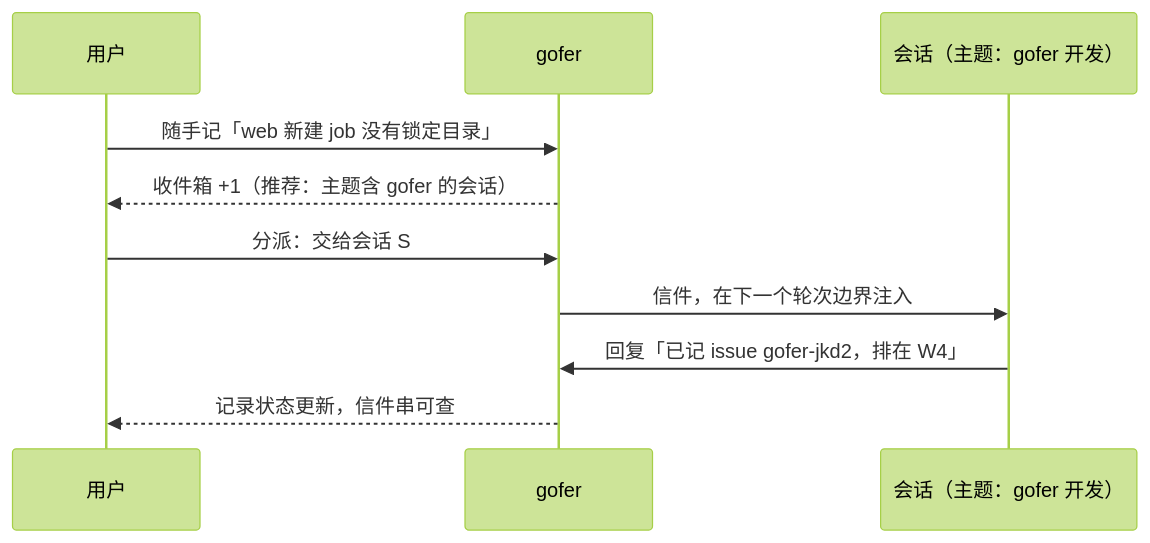
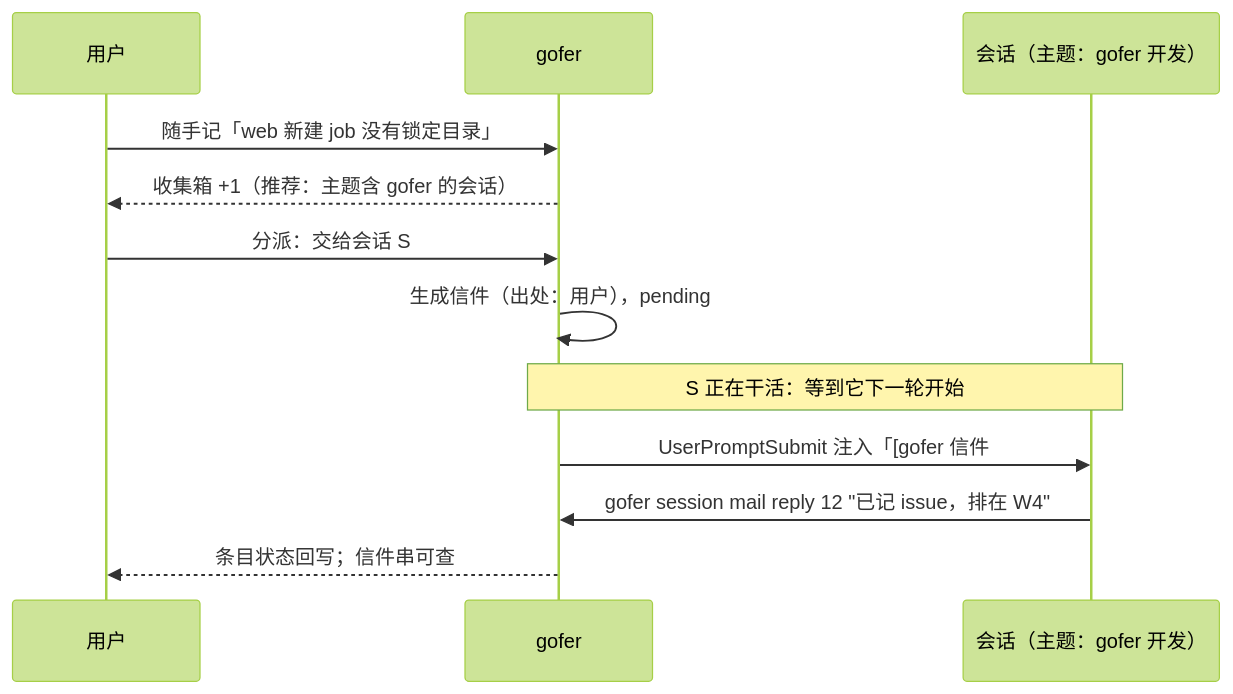
One commit to inhere/gofer changed the second of 3 diagrams in docs/design/2026-10-16-session-topics-mailbox-and-inbox-design.md. Above: the diagram before and after it, drawn with Mermaid (forest theme). The commit also changed other lines of this file, not shown here.

Commit message:
docs(design): session topics and mailbox Draft 0.2 after the first review

````diff
--- a/docs/design/2026-10-16-session-topics-mailbox-and-inbox-design.md
+++ b/docs/design/2026-10-16-session-topics-mailbox-and-inbox-design.md
@@ -208,12 +257,14 @@
 ```mermaid
 sequenceDiagram
   participant U as 用户
   participant G as gofer
   participant S as 会话（主题：gofer 开发）
   U->>G: 随手记「web 新建 job 没有锁定目录」
-  G-->>U: 收件箱 +1（推荐：主题含 gofer 的会话）
+  G-->>U: 收集箱 +1（推荐：主题含 gofer 的会话）
   U->>G: 分派：交给会话 S
-  G->>S: 信件，在下一个轮次边界注入
-  S->>G: 回复「已记 issue gofer-jkd2，排在 W4」
-  G-->>U: 记录状态更新，信件串可查
+  G->>G: 生成信件（出处：用户），pending
+  Note over G,S: S 正在干活：等到它下一轮开始
+  G->>S: UserPromptSubmit 注入「[gofer 信件 #12 来自 用户] …」
+  S->>G: gofer session mail reply 12 "已记 issue，排在 W4"
+  G-->>U: 条目状态回写；信件串可查
 ```
````
